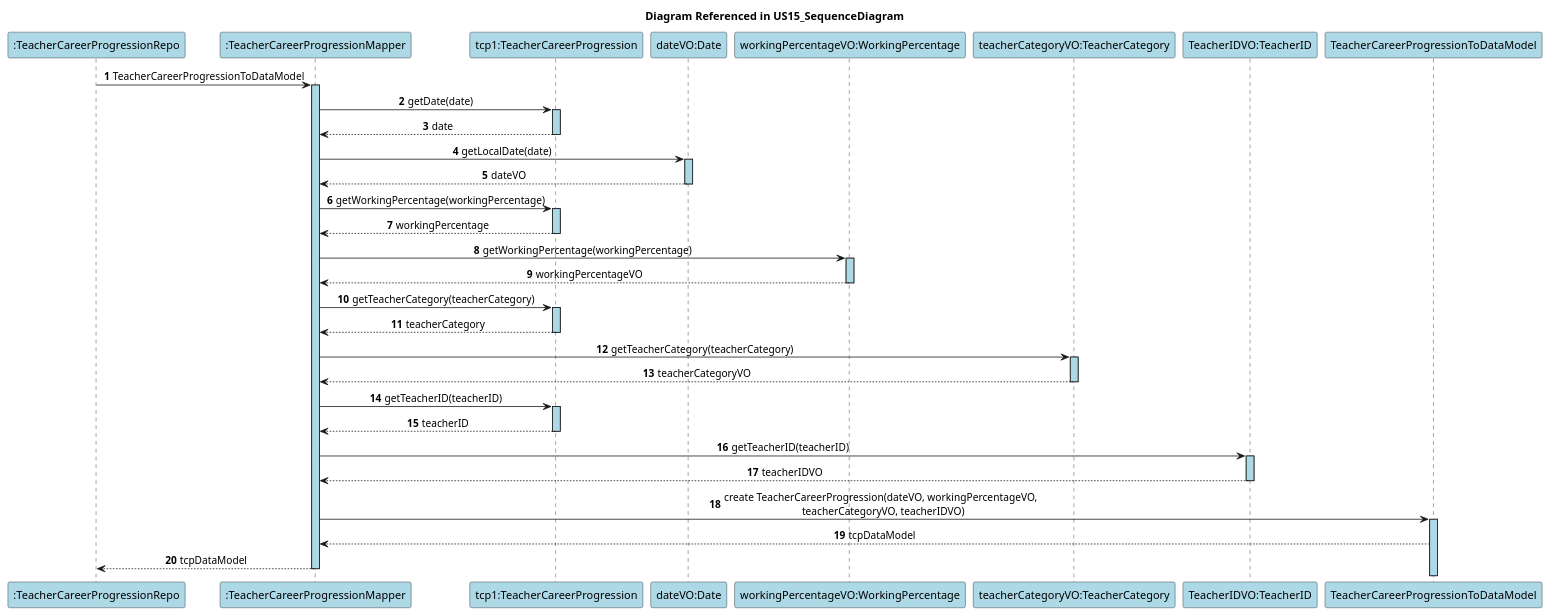
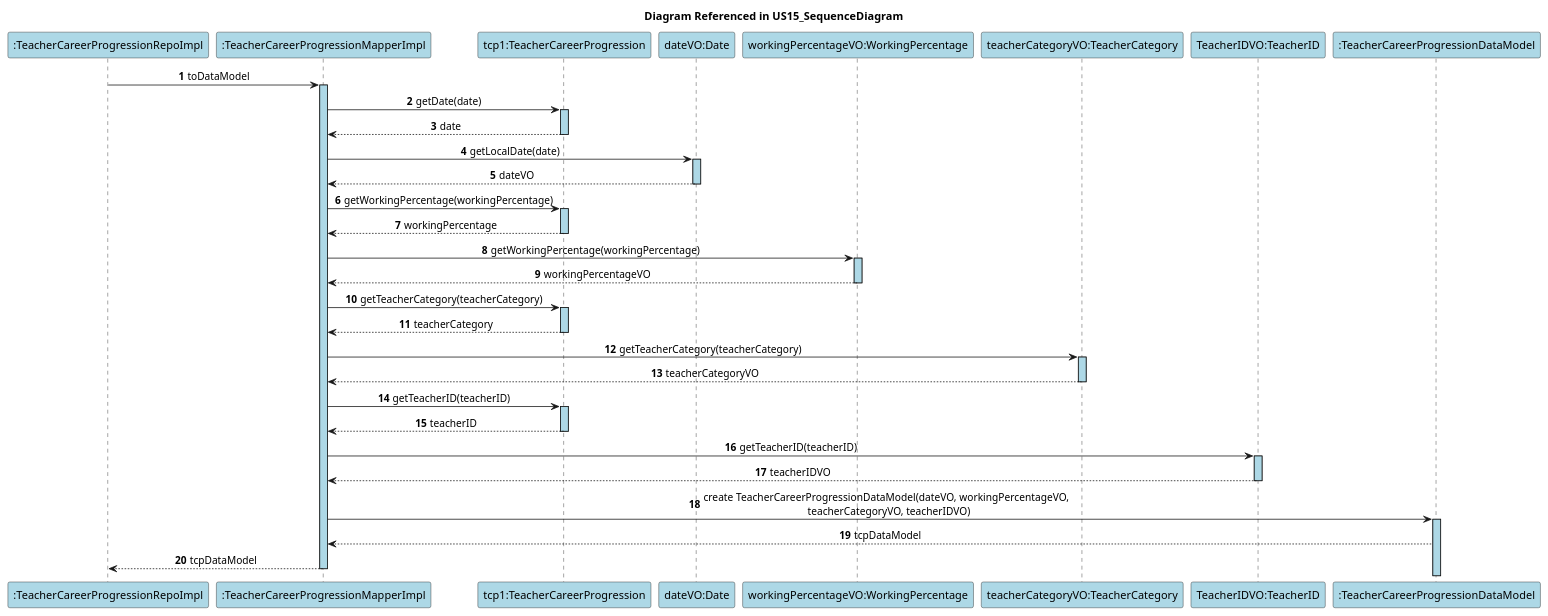
One commit to GasparISEP/DevOps-PAI changed the diagram in docs/US15/UpdateTeacherWorkingPercentage_SpringData/SequenceDiagramRef_ToDataModel.puml. Above: the diagram before and after it, drawn with PlantUML. The commit also changed 5 other files, not shown here.

Commit message:
Refactor classes names in diagrams to follow implementation naming convention. Refs #268

```diff
--- a/docs/US15/UpdateTeacherWorkingPercentage_SpringData/SequenceDiagramRef_ToDataModel.puml
+++ b/docs/US15/UpdateTeacherWorkingPercentage_SpringData/SequenceDiagramRef_ToDataModel.puml
@@ -1,63 +1,63 @@
 @startuml
 autonumber
 skinparam sequenceMessageAlign center
 skinparam sequenceLifeLineBackgroundColor lightblue
 title Diagram Referenced in US15_SequenceDiagram
 
-participant ":TeacherCareerProgressionRepo" as TCPRepo #lightblue
-participant ":TeacherCareerProgressionMapper" as TCPMapper #lightblue
+participant ":TeacherCareerProgressionRepoImpl" as TCPRepo #lightblue
+participant ":TeacherCareerProgressionMapperImpl" as TCPMapper #lightblue
 participant "tcp1:TeacherCareerProgression" as TCP #lightblue
 participant "dateVO:Date" as DateVO #lightblue
 participant "workingPercentageVO:WorkingPercentage" as WPVO #lightblue
 participant "teacherCategoryVO:TeacherCategory" as TCVO #lightblue
 participant "TeacherIDVO:TeacherID" as TID #lightblue
-participant "TeacherCareerProgressionToDataModel" as TCPDM #lightblue
+participant ":TeacherCareerProgressionDataModel" as TCPDM #lightblue
 
 
-TCPRepo -> TCPMapper : TeacherCareerProgressionToDataModel
+TCPRepo -> TCPMapper : toDataModel
 
 activate TCPMapper
 TCPMapper -> TCP : getDate(date)
 activate TCP
 TCP --> TCPMapper : date
 deactivate TCP
 TCPMapper -> DateVO : getLocalDate(date)
 activate DateVO
 DateVO -->TCPMapper : dateVO
 deactivate DateVO
 
 TCPMapper -> TCP : getWorkingPercentage(workingPercentage)
 activate TCP
 TCP --> TCPMapper : workingPercentage
 deactivate TCP
 TCPMapper -> WPVO : getWorkingPercentage(workingPercentage)
 activate WPVO
 WPVO -->TCPMapper : workingPercentageVO
 deactivate WPVO
 
 TCPMapper -> TCP : getTeacherCategory(teacherCategory)
 activate TCP
 TCP --> TCPMapper : teacherCategory
 deactivate TCP
 TCPMapper -> TCVO : getTeacherCategory(teacherCategory)
 activate TCVO
 TCVO -->TCPMapper : teacherCategoryVO
 deactivate TCVO
 
 TCPMapper -> TCP : getTeacherID(teacherID)
 activate TCP
 TCP --> TCPMapper : teacherID
 deactivate TCP
 TCPMapper -> TID : getTeacherID(teacherID)
 activate TID
 TID -->TCPMapper : teacherIDVO
 deactivate TID
 
 
-TCPMapper -> TCPDM : create TeacherCareerProgression(dateVO, workingPercentageVO, \n teacherCategoryVO, teacherIDVO)
+TCPMapper -> TCPDM : create TeacherCareerProgressionDataModel(dateVO, workingPercentageVO, \n teacherCategoryVO, teacherIDVO)
 activate TCPDM
 TCPDM --> TCPMapper : tcpDataModel
 TCPMapper --> TCPRepo : tcpDataModel
 deactivate TCPMapper
 
 @enduml
```
